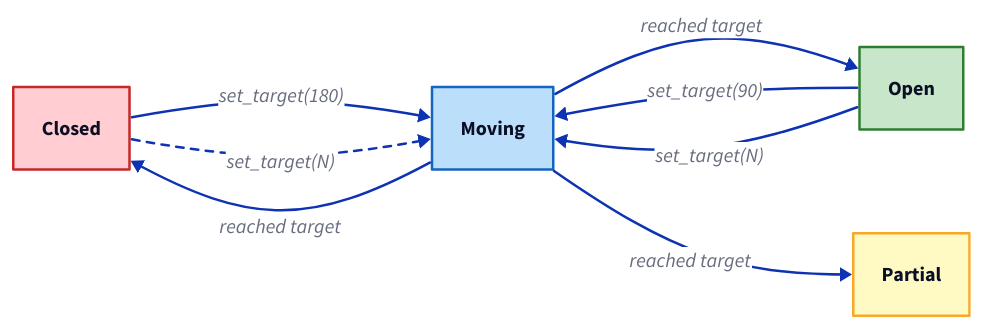
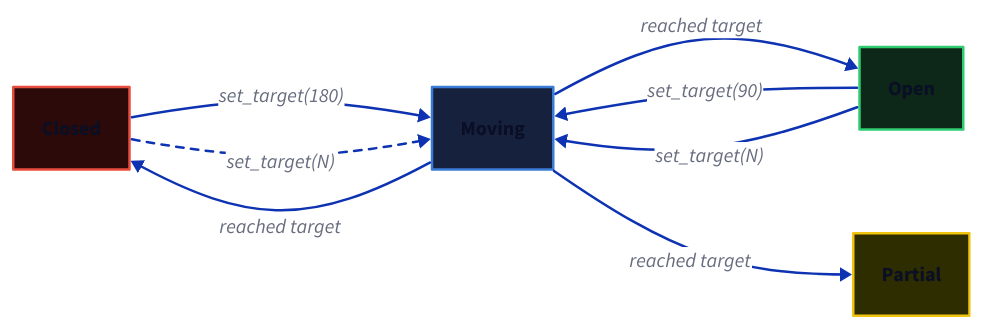
Before and after one commit to EtaCassiopeia/smart-vent: the diagram in docs/diagrams/state-machine.d2, drawn with D2. The commit also changed 17 other files, not shown here.

First line of the commit message:
Switch D2 diagrams to dark color palette

```diff
--- a/docs/diagrams/state-machine.d2
+++ b/docs/diagrams/state-machine.d2
@@ -1,28 +1,28 @@
 direction: right
 
 closed: Closed {
-  style.fill: "#ffcdd2"
-  style.stroke: "#c62828"
+  style.fill: "#2d0a0a"
+  style.stroke: "#e74c3c"
 }
 open: Open {
-  style.fill: "#c8e6c9"
-  style.stroke: "#2e7d32"
+  style.fill: "#0d2818"
+  style.stroke: "#2ecc71"
 }
 partial: Partial {
-  style.fill: "#fff9c4"
-  style.stroke: "#f9a825"
+  style.fill: "#2d2d00"
+  style.stroke: "#f1c40f"
 }
 moving: Moving {
-  style.fill: "#bbdefb"
-  style.stroke: "#1565c0"
+  style.fill: "#16213e"
+  style.stroke: "#3a7bd5"
 }
 
 closed -> moving: "set_target(180)"
 moving -> open: reached target
 open -> moving: "set_target(90)"
 moving -> closed: reached target
 open -> moving: "set_target(N)"
 moving -> partial: reached target
 closed -> moving: "set_target(N)" {
   style.stroke-dash: 3
 }
```
